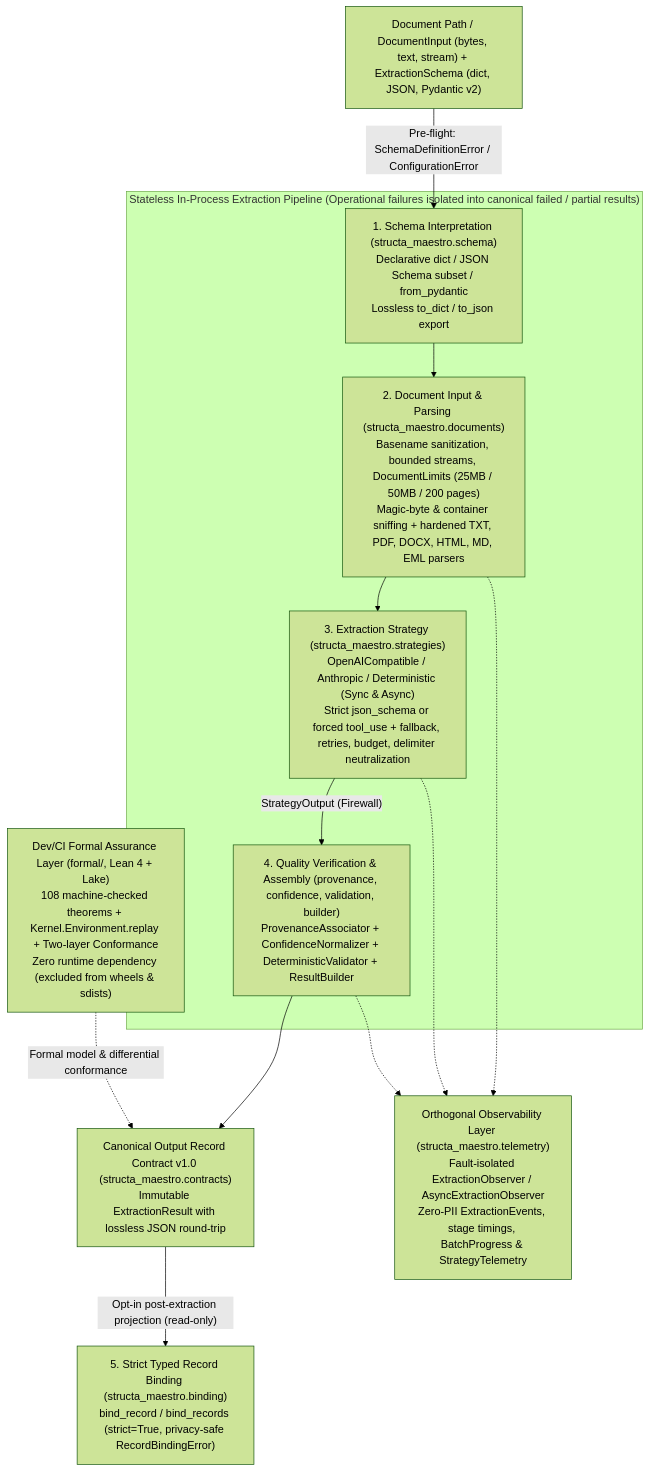
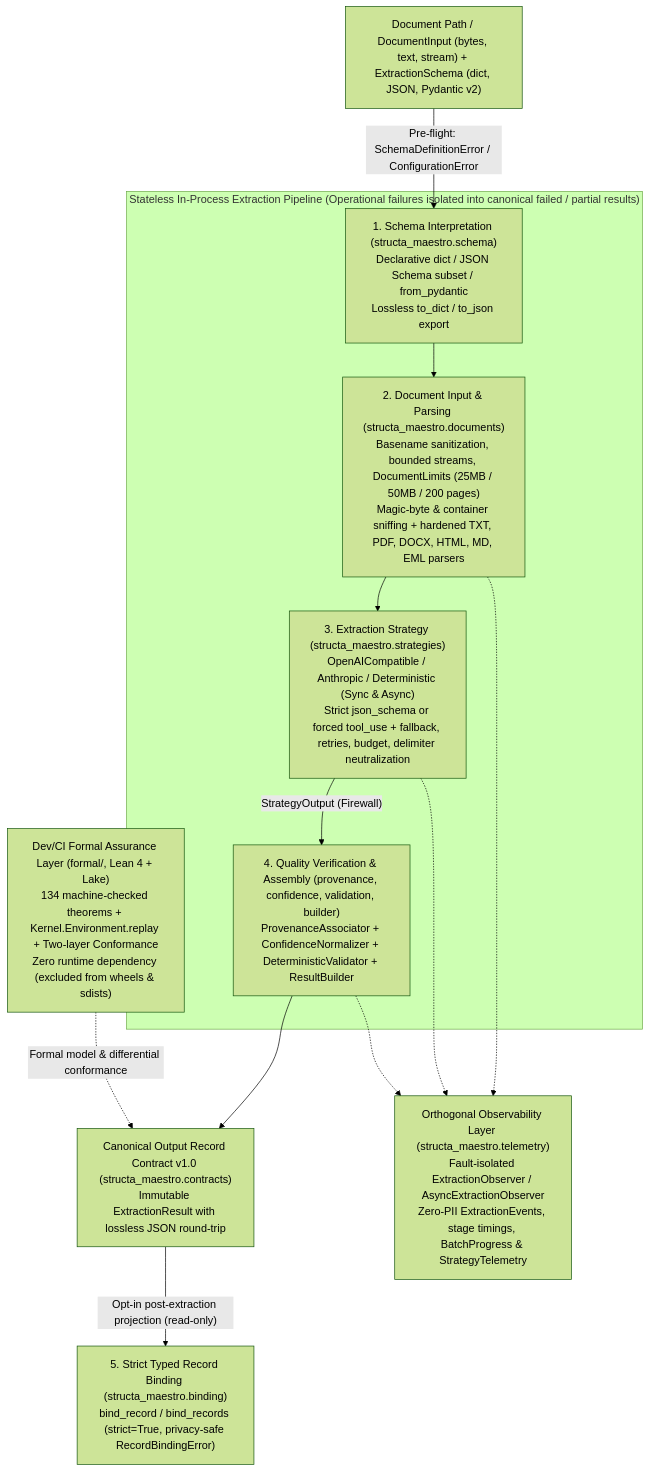
Before and after one commit to ivnmoreno/structa-maestro: the diagram in docs/architecture.md, drawn with Mermaid (forest theme). The commit also changed other lines of this file and 12 other files, not shown here.

First line of the commit message:
feat(formal): add Lean 4 provenance association and result assembly proofs

````diff
--- a/docs/architecture.md
+++ b/docs/architecture.md
@@ -7,24 +7,24 @@
 ```mermaid
 flowchart TD
     Input["Document Path / DocumentInput (bytes, text, stream) + ExtractionSchema (dict, JSON, Pydantic v2)"]
     Input -->|"Pre-flight: SchemaDefinitionError / ConfigurationError"| S1
 
     subgraph Pipeline["Stateless In-Process Extraction Pipeline (Operational failures isolated into canonical failed / partial results)"]
         S1["1. Schema Interpretation (structa_maestro.schema)\nDeclarative dict / JSON Schema subset / from_pydantic\nLossless to_dict / to_json export"]
         S2["2. Document Input & Parsing (structa_maestro.documents)\nBasename sanitization, bounded streams, DocumentLimits (25MB / 50MB / 200 pages)\nMagic-byte & container sniffing + hardened TXT, PDF, DOCX, HTML, MD, EML parsers"]
         S3["3. Extraction Strategy (structa_maestro.strategies)\nOpenAICompatible / Anthropic / Deterministic (Sync & Async)\nStrict json_schema or forced tool_use + fallback, retries, budget, delimiter neutralization"]
         S4["4. Quality Verification & Assembly (provenance, confidence, validation, builder)\nProvenanceAssociator + ConfidenceNormalizer + DeterministicValidator + ResultBuilder"]
         S1 --> S2 --> S3 -->|"StrategyOutput (Firewall)"| S4
     end
 
     S4 --> Contract["Canonical Output Record Contract v1.0 (structa_maestro.contracts)\nImmutable ExtractionResult with lossless JSON round-trip"]
     Contract -->|"Opt-in post-extraction projection (read-only)"| S5["5. Strict Typed Record Binding (structa_maestro.binding)\nbind_record / bind_records (strict=True, privacy-safe RecordBindingError)"]
 
     Telemetry["Orthogonal Observability Layer (structa_maestro.telemetry)\nFault-isolated ExtractionObserver / AsyncExtractionObserver\nZero-PII ExtractionEvents, stage timings, BatchProgress & StrategyTelemetry"]
     S2 -.-> Telemetry
     S3 -.-> Telemetry
     S4 -.-> Telemetry
 
-    Formal["Dev/CI Formal Assurance Layer (formal/, Lean 4 + Lake)\n108 machine-checked theorems + Kernel.Environment.replay + Two-layer Conformance\nZero runtime dependency (excluded from wheels & sdists)"]
+    Formal["Dev/CI Formal Assurance Layer (formal/, Lean 4 + Lake)\n134 machine-checked theorems + Kernel.Environment.replay + Two-layer Conformance\nZero runtime dependency (excluded from wheels & sdists)"]
     Formal -. "Formal model & differential conformance" .-> Contract
 ```
````
